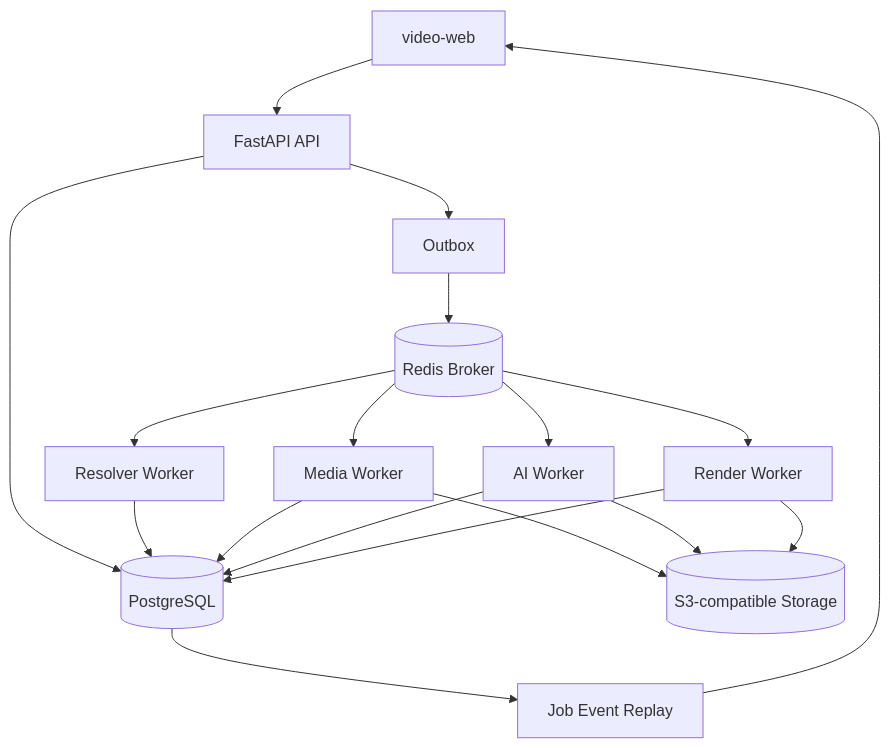
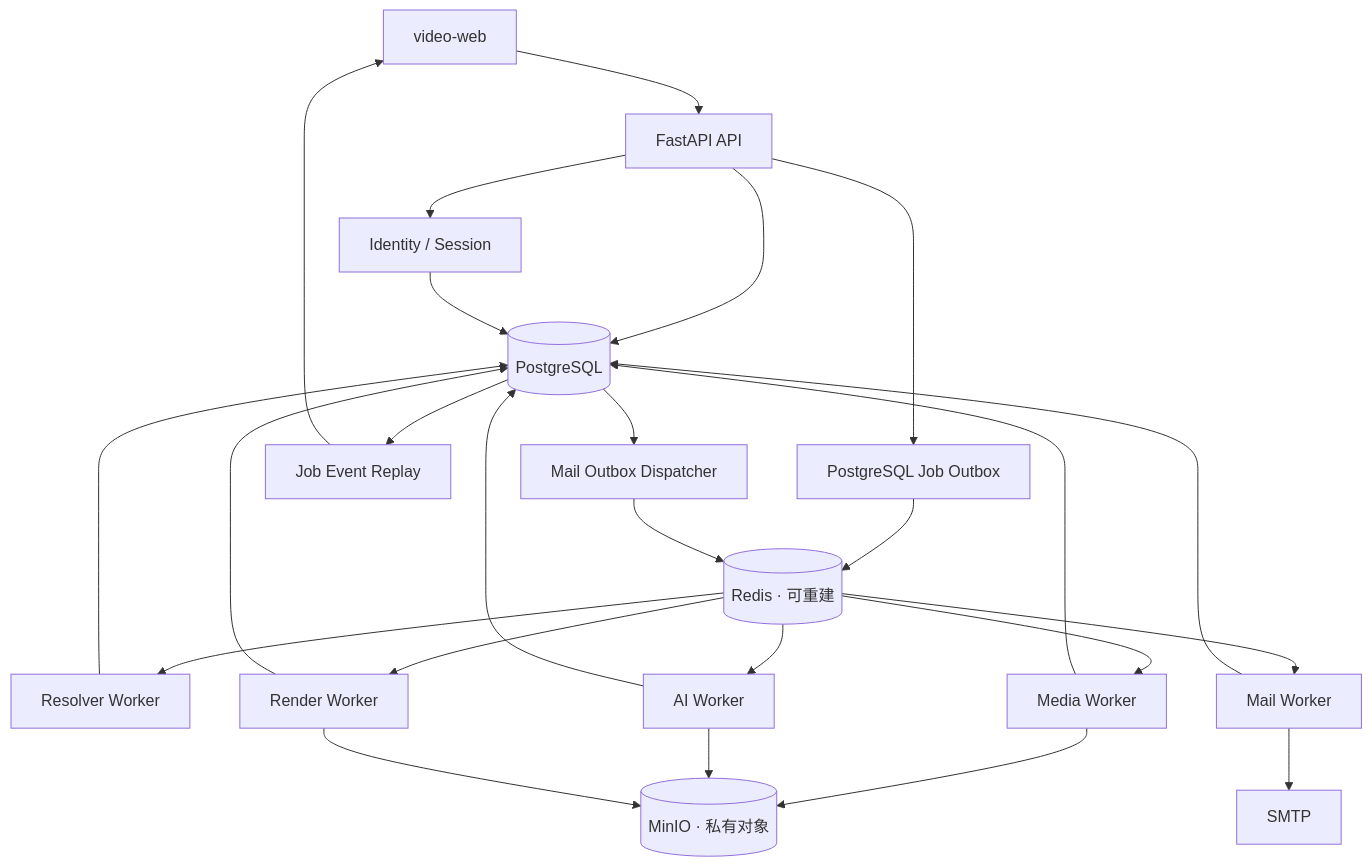
Before and after one commit to StephenQiu30/video-server: the diagram in docs/design/002-服务端技术与数据架构设计.md, drawn with Mermaid. The commit also changed other lines of this file and 19 other files, not shown here.

Commit message:
docs: refreeze email identity and persistent storage

````diff
--- a/docs/design/002-服务端技术与数据架构设计.md
+++ b/docs/design/002-服务端技术与数据架构设计.md
@@ -44,20 +47,27 @@
 ```mermaid
 flowchart TB
   W["video-web"] --> API["FastAPI API"]
+  API --> ID["Identity / Session"]
   API --> PG[("PostgreSQL")]
-  API --> OB["Outbox"]
-  OB --> R[("Redis Broker")]
+  ID --> PG
+  API --> OB["PostgreSQL Job Outbox"]
+  OB --> R[("Redis · 可重建")]
+  PG --> MD["Mail Outbox Dispatcher"]
+  MD --> R
   R --> RW["Resolver Worker"]
   R --> MW["Media Worker"]
   R --> AW["AI Worker"]
   R --> EW["Render Worker"]
+  R --> EM["Mail Worker"]
   RW --> PG
   MW --> PG
   AW --> PG
   EW --> PG
-  MW --> S3[("S3-compatible Storage")]
-  AW --> S3
-  EW --> S3
+  EM --> PG
+  MW --> M[("MinIO · 私有对象")]
+  AW --> M
+  EW --> M
+  EM --> SMTP["SMTP"]
   PG --> SSE["Job Event Replay"]
   SSE --> W
 ```
````
